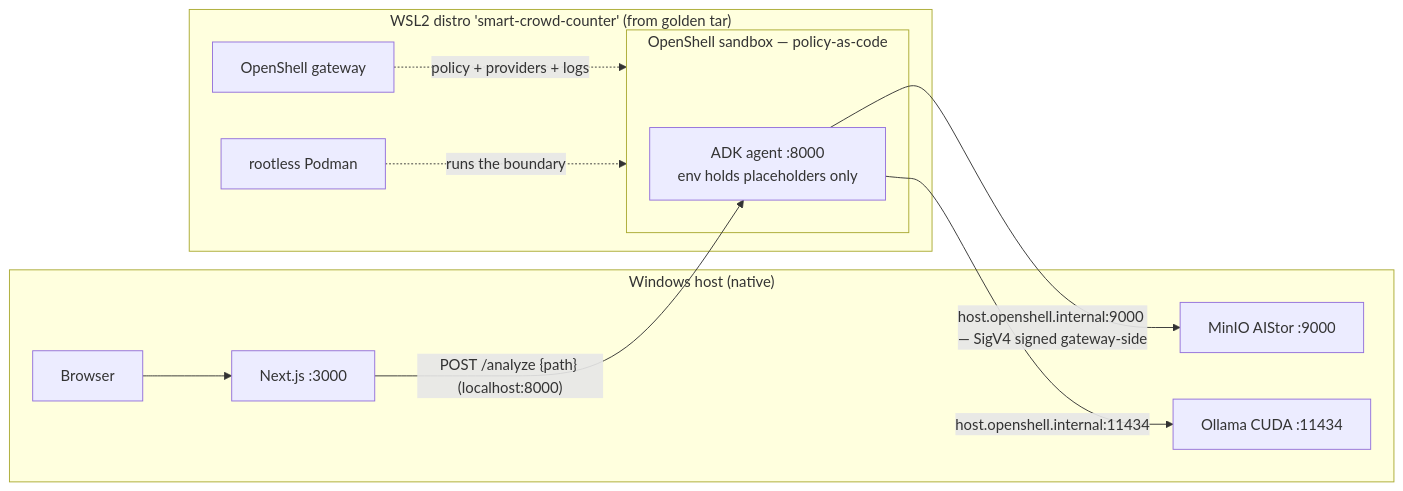
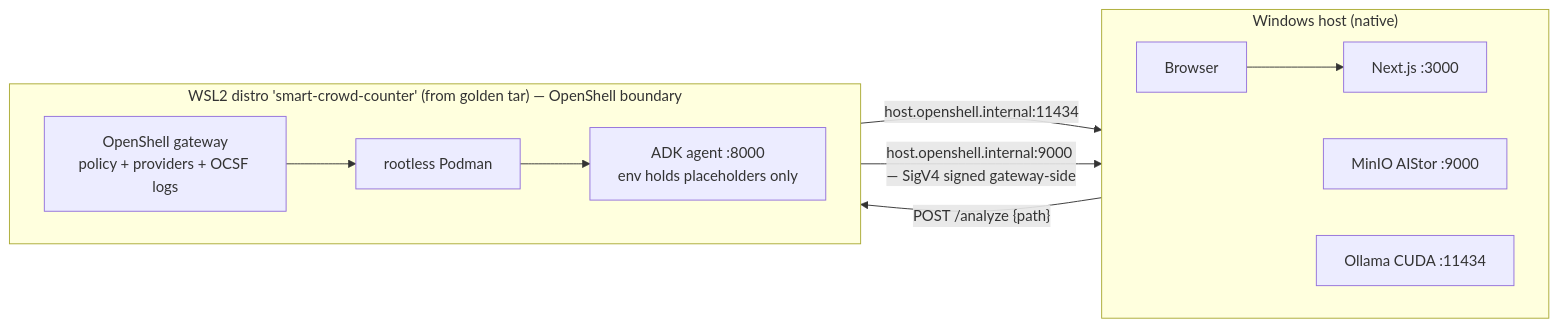
Before and after one commit to kameshsampath/smart-crowd-counter: the diagram in docs/openshell.md, drawn with Mermaid. The commit also changed other lines of this file and 16 other files, not shown here.

````diff
--- a/docs/openshell.md
+++ b/docs/openshell.md
@@ -82,22 +83,19 @@
 ```mermaid
 flowchart LR
-  subgraph WIN["Windows host (native)"]
-    BROWSER["Browser"]
-    NEXT["Next.js :3000"]
+  subgraph HOST["Windows host (native)"]
+    direction LR
+    BROWSER["Browser"] --> NEXT["Next.js :3000"]
     AISTOR["MinIO AIStor :9000"]
     OLLAMA["Ollama CUDA :11434"]
   end
-  subgraph WSL["WSL2 distro 'smart-crowd-counter' (from golden tar)"]
-    GW["OpenShell gateway"]
+  subgraph DISTRO["WSL2 distro 'smart-crowd-counter' (from golden tar) — OpenShell boundary"]
+    direction LR
+    GW["OpenShell gateway<br/>policy + providers + OCSF logs"]
     POD["rootless Podman"]
-    subgraph SB["OpenShell sandbox — policy-as-code"]
-      AGENT["ADK agent :8000<br/>env holds placeholders only"]
-    end
+    AGENT["ADK agent :8000<br/>env holds placeholders only"]
+    GW --> POD --> AGENT
   end
-  BROWSER --> NEXT
-  NEXT -->|"POST /analyze {path} (localhost:8000)"| AGENT
+  NEXT -->|"POST /analyze {path}"| AGENT
   AGENT -->|"host.openshell.internal:11434"| OLLAMA
   AGENT -->|"host.openshell.internal:9000 — SigV4 signed gateway-side"| AISTOR
-  GW -. "policy + providers + logs" .-> SB
-  POD -. "runs the boundary" .-> SB
 ```
````
